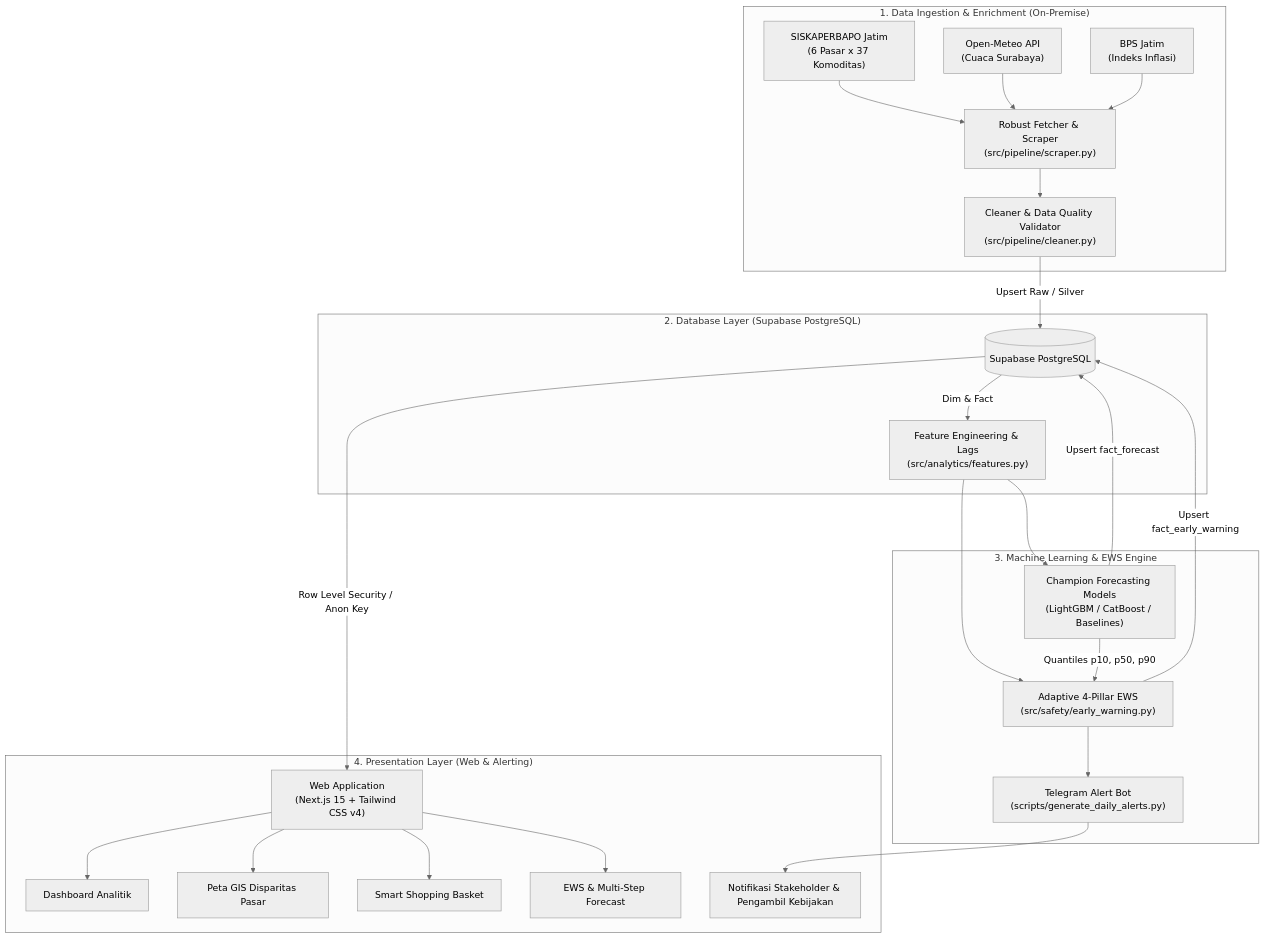
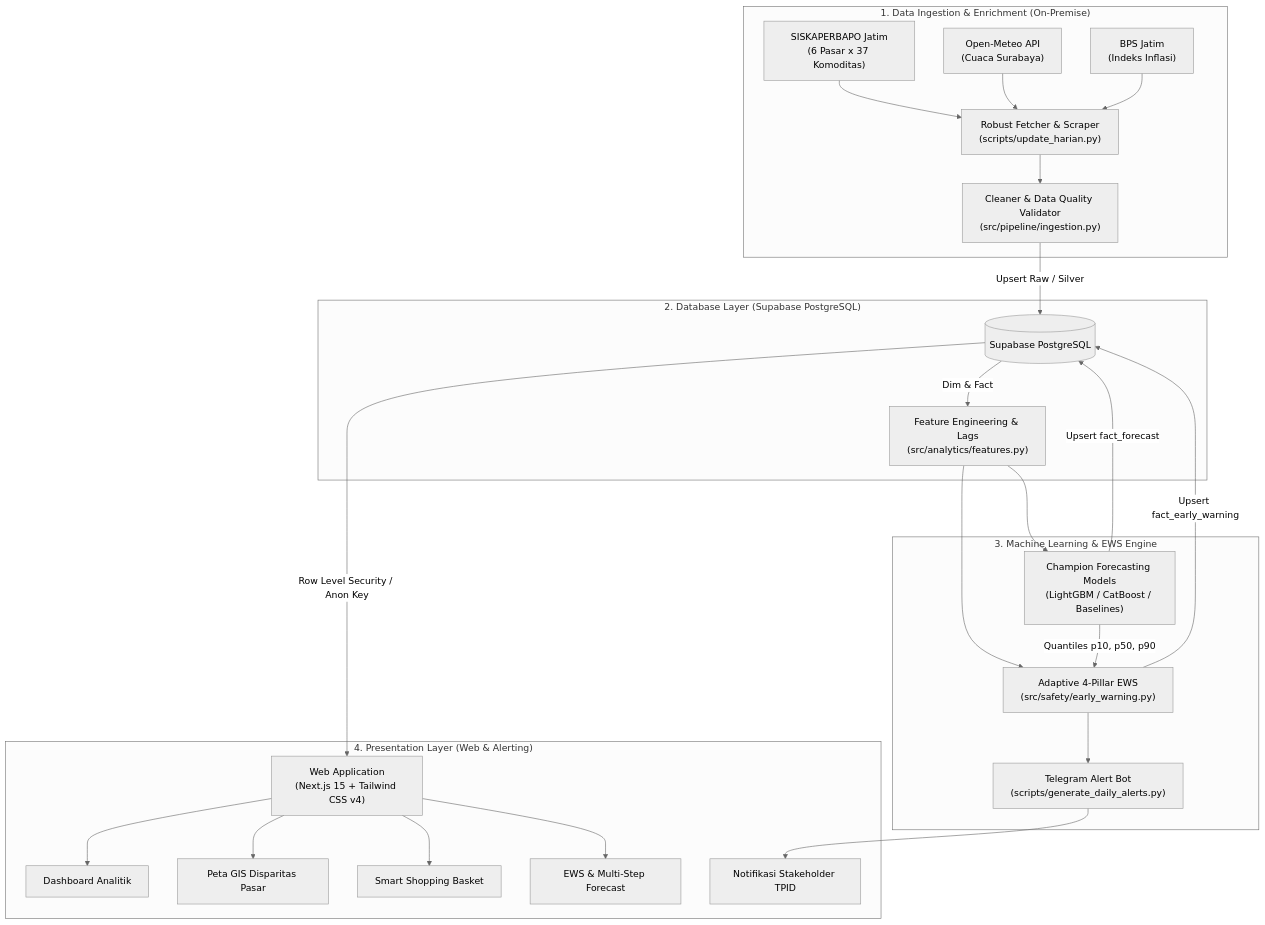
One commit to Arfiadi/hargawatch-surabaya changed the diagram in README.md. Above: the diagram before and after it, drawn with Mermaid (neutral theme). The commit also changed other lines of this file and 10 other files, not shown here.

Commit message:
docs: bootstrap EGM architectural contracts and update drift report

````diff
--- a/README.md
+++ b/README.md
@@ -50,32 +22,32 @@
 ```mermaid
 flowchart TD
     subgraph INGESTION["1. Data Ingestion & Enrichment (On-Premise)"]
-        S1["SISKAPERBAPO Jatim<br>(6 Pasar x 37 Komoditas)"] --> SCRP["Robust Fetcher & Scraper<br>(src/pipeline/scraper.py)"]
+        S1["SISKAPERBAPO Jatim<br>(6 Pasar x 37 Komoditas)"] --> SCRP["Robust Fetcher & Scraper<br>(scripts/update_harian.py)"]
         S2["Open-Meteo API<br>(Cuaca Surabaya)"] --> SCRP
         S3["BPS Jatim<br>(Indeks Inflasi)"] --> SCRP
-        SCRP --> CLN["Cleaner & Data Quality Validator<br>(src/pipeline/cleaner.py)"]
+        SCRP --> CLN["Cleaner & Data Quality Validator<br>(src/pipeline/ingestion.py)"]
     end
 
     subgraph STORAGE["2. Database Layer (Supabase PostgreSQL)"]
         CLN -->|Upsert Raw / Silver| DB[(Supabase PostgreSQL)]
         DB -->|Dim & Fact| FEAT["Feature Engineering & Lags<br>(src/analytics/features.py)"]
     end
 
     subgraph ANALYTICS["3. Machine Learning & EWS Engine"]
         FEAT --> ML["Champion Forecasting Models<br>(LightGBM / CatBoost / Baselines)"]
         FEAT --> EWS["Adaptive 4-Pillar EWS<br>(src/safety/early_warning.py)"]
         ML -->|Quantiles p10, p50, p90| EWS
         ML -->|Upsert fact_forecast| DB
         EWS -->|Upsert fact_early_warning| DB
         EWS --> TG["Telegram Alert Bot<br>(scripts/generate_daily_alerts.py)"]
     end
 
     subgraph CONSUMER["4. Presentation Layer (Web & Alerting)"]
         DB -->|Row Level Security / Anon Key| WEB["Web Application<br>(Next.js 15 + Tailwind CSS v4)"]
         WEB --> U1["Dashboard Analitik"]
         WEB --> U2["Peta GIS Disparitas Pasar"]
         WEB --> U3["Smart Shopping Basket"]
         WEB --> U4["EWS & Multi-Step Forecast"]
-        TG --> U5["Notifikasi Stakeholder & Pengambil Kebijakan"]
+        TG --> U5["Notifikasi Stakeholder TPID"]
     end
 ```
````
